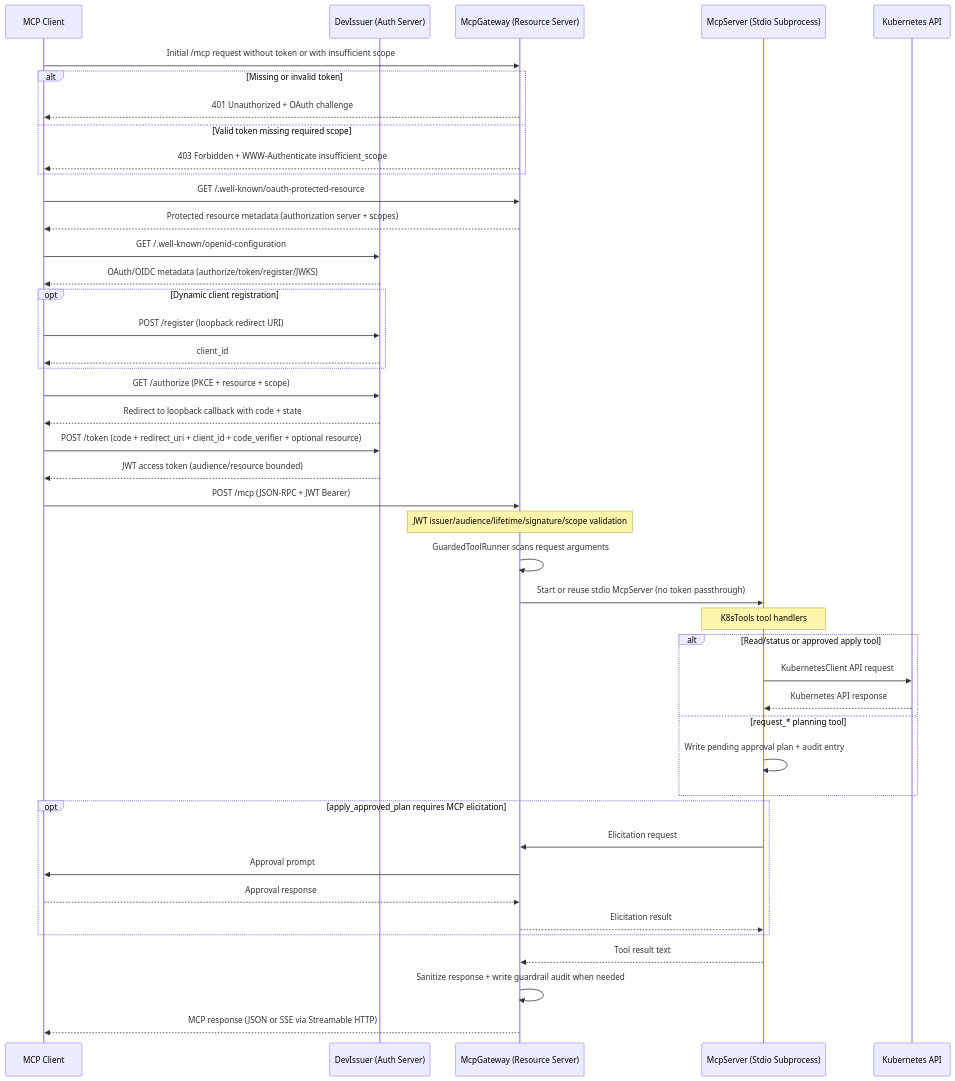
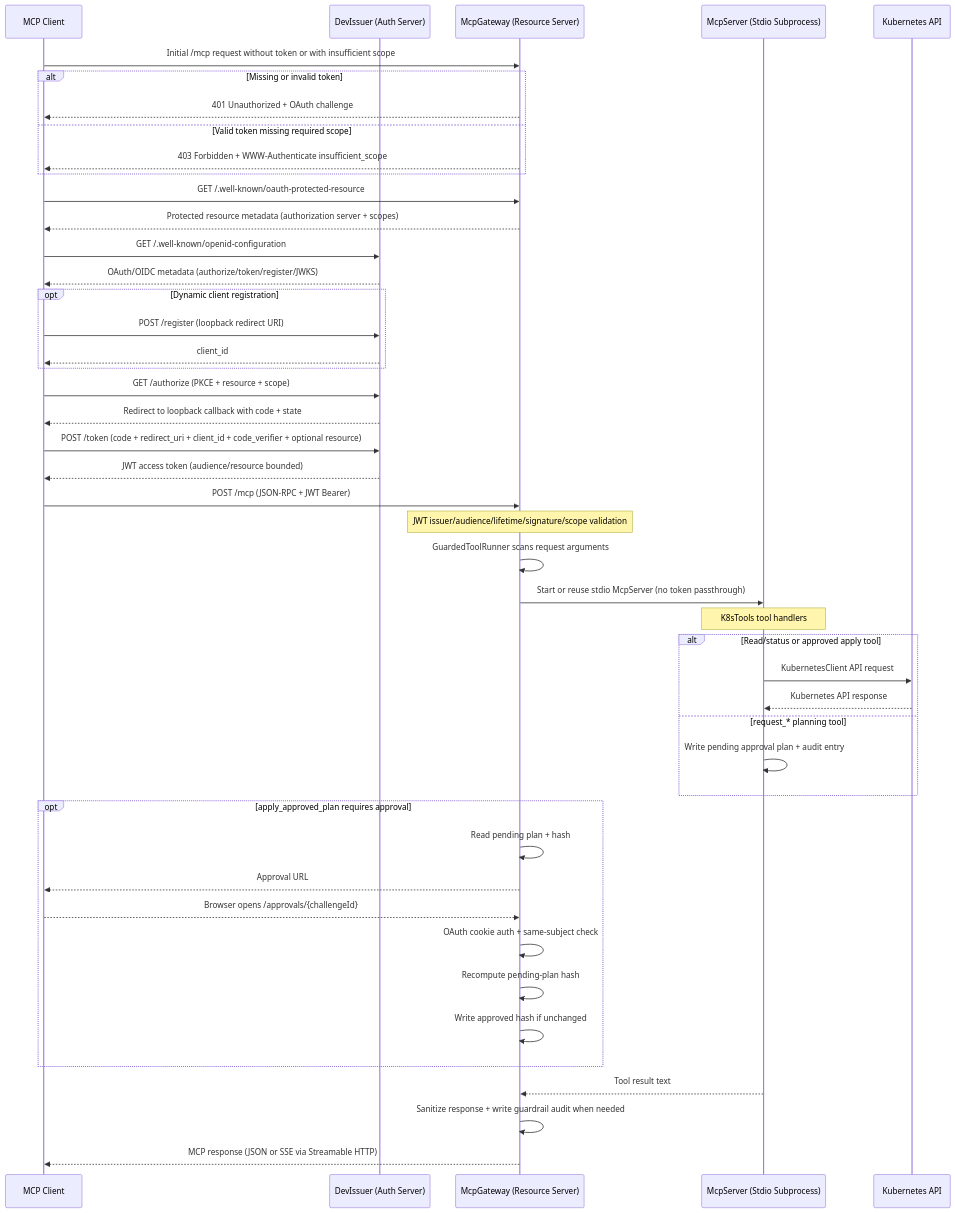
The diagram in docs/MCP-compliance.md (mirusser/Kubernetes-MCP-Guard), drawn with Mermaid before and after one commit. The commit also changed other lines of this file and 91 other files, not shown here.

````diff
--- a/docs/MCP-compliance.md
+++ b/docs/MCP-compliance.md
@@ -9,56 +9,58 @@
 ```mermaid
 sequenceDiagram
     participant Client as MCP Client
     participant Issuer as DevIssuer (Auth Server)
     participant Gateway as McpGateway (Resource Server)
     participant Downstream as McpServer (Stdio Subprocess)
     participant K8s as Kubernetes API
 
     %% Discovery and Authorization Phase
     Client->>Gateway: Initial /mcp request without token or with insufficient scope
     alt Missing or invalid token
         Gateway-->>Client: 401 Unauthorized + OAuth challenge
     else Valid token missing required scope
         Gateway-->>Client: 403 Forbidden + WWW-Authenticate insufficient_scope
     end
 
     Client->>Gateway: GET /.well-known/oauth-protected-resource
     Gateway-->>Client: Protected resource metadata (authorization server + scopes)
     Client->>Issuer: GET /.well-known/openid-configuration
     Issuer-->>Client: OAuth/OIDC metadata (authorize/token/register/JWKS)
 
     opt Dynamic client registration
         Client->>Issuer: POST /register (loopback redirect URI)
         Issuer-->>Client: client_id
     end
 
     Client->>Issuer: GET /authorize (PKCE + resource + scope)
     Issuer-->>Client: Redirect to loopback callback with code + state
     Client->>Issuer: POST /token (code + redirect_uri + client_id + code_verifier + optional resource)
     Issuer-->>Client: JWT access token (audience/resource bounded)
 
     %% Transport and Execution Phase
     Client->>Gateway: POST /mcp (JSON-RPC + JWT Bearer)
     Note over Gateway: JWT issuer/audience/lifetime/signature/scope validation
     Gateway->>Gateway: GuardedToolRunner scans request arguments
     Gateway->>Downstream: Start or reuse stdio McpServer (no token passthrough)
     Note over Downstream: K8sTools tool handlers
 
     alt Read/status or approved apply tool
         Downstream->>K8s: KubernetesClient API request
         K8s-->>Downstream: Kubernetes API response
     else request_* planning tool
         Downstream->>Downstream: Write pending approval plan + audit entry
     end
 
-    opt apply_approved_plan requires MCP elicitation
-        Downstream->>Gateway: Elicitation request
-        Gateway->>Client: Approval prompt
-        Client-->>Gateway: Approval response
-        Gateway-->>Downstream: Elicitation result
+    opt apply_approved_plan requires approval
+        Gateway->>Gateway: Read pending plan + hash
+        Gateway-->>Client: Approval URL
+        Client-->>Gateway: Browser opens /approvals/{challengeId}
+        Gateway->>Gateway: OAuth cookie auth + same-subject check
+        Gateway->>Gateway: Recompute pending-plan hash
+        Gateway->>Gateway: Write approved hash if unchanged
     end
 
     Downstream-->>Gateway: Tool result text
     Gateway->>Gateway: Sanitize response + write guardrail audit when needed
     Gateway-->>Client: MCP response (JSON or SSE via Streamable HTTP)
 ```
````
